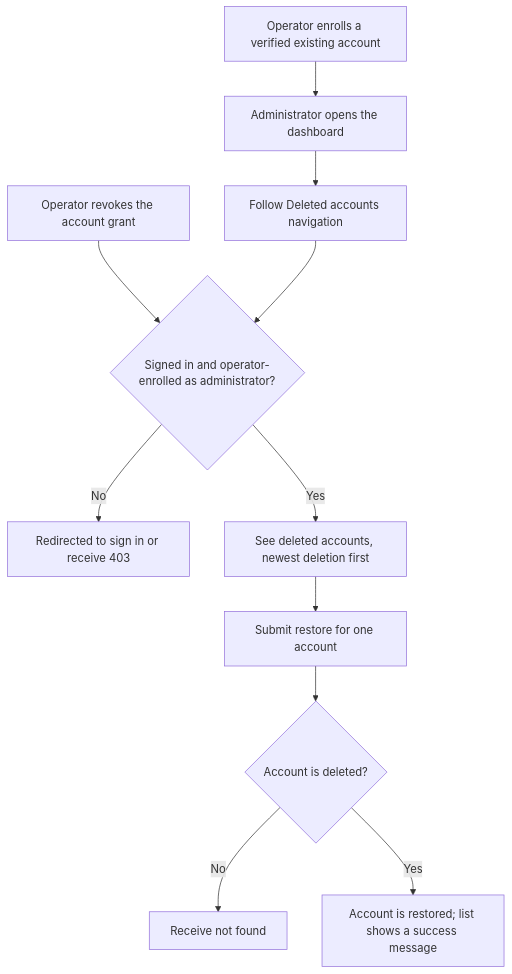
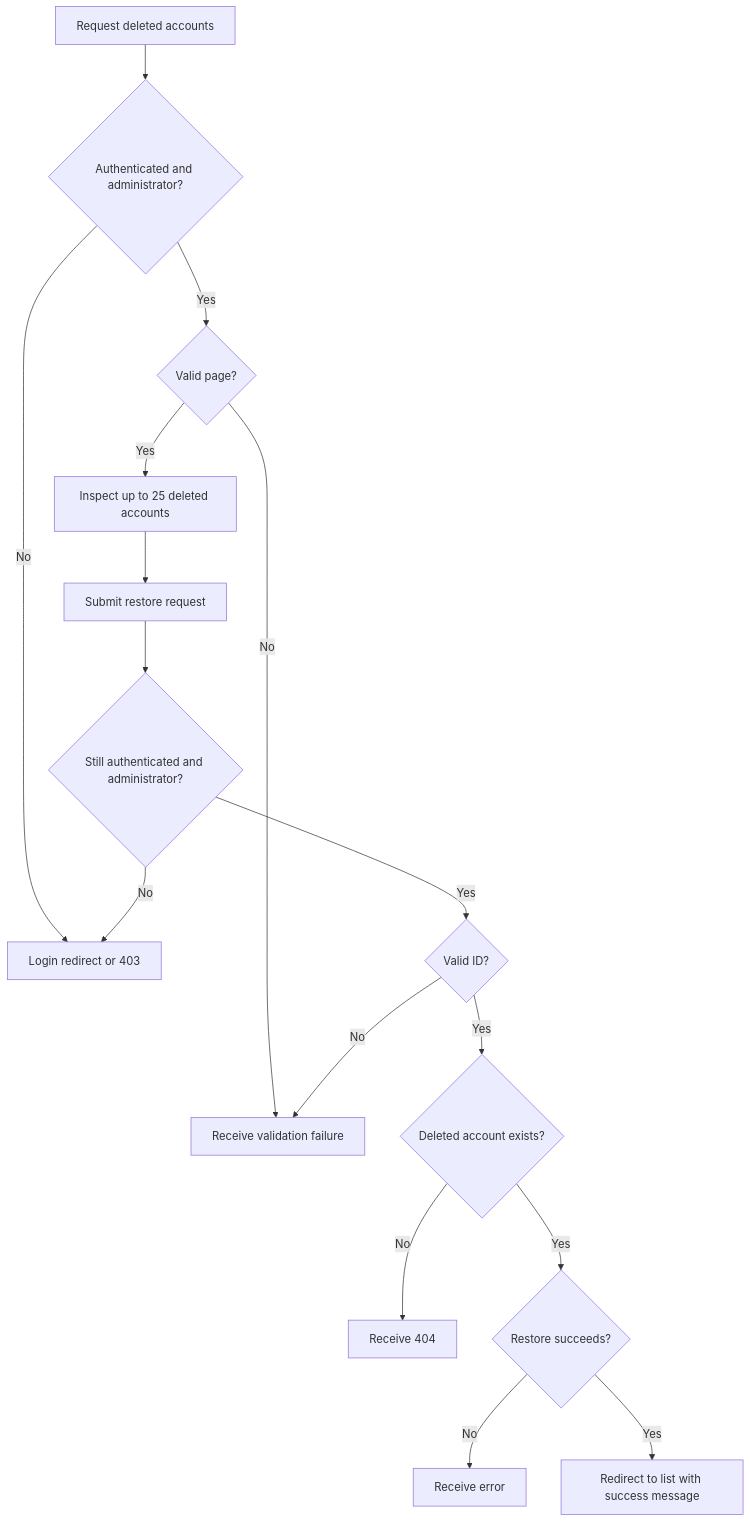
Before and after one commit to Kevinjohn/oss-adonisjs-lucid-soft-delete: the first of 2 diagrams in user-stories/example-apps/us-demo-04-hypermedia-admin-restore.md, drawn with Mermaid. The commit also changed other lines of this file and 26 other files, not shown here.

````diff
--- a/user-stories/example-apps/us-demo-04-hypermedia-admin-restore.md
+++ b/user-stories/example-apps/us-demo-04-hypermedia-admin-restore.md
@@ -21,13 +22,17 @@
 ```mermaid
 flowchart TD
-    O["Operator enrolls a verified existing account"] --> A
-    R["Operator revokes the account grant"] --> B
-    A["Administrator opens the dashboard"] --> N["Follow Deleted accounts navigation"]
-    N --> B{"Signed in and operator-enrolled as administrator?"}
-    B -->|No| C["Redirected to sign in or receive 403"]
-    B -->|Yes| D["See deleted accounts, newest deletion first"]
-    D --> E["Submit restore for one account"]
-    E --> F{"Account is deleted?"}
-    F -->|No| G["Receive not found"]
-    F -->|Yes| H["Account is restored; list shows a success message"]
+    A["Request deleted accounts"] --> B{"Authenticated and administrator?"}
+    B -->|No| C["Login redirect or 403"]
+    B -->|Yes| D{"Valid page?"}
+    D -->|No| E["Receive validation failure"]
+    D -->|Yes| F["Inspect up to 25 deleted accounts"]
+    F --> G["Submit restore request"] --> H{"Still authenticated and administrator?"}
+    H -->|No| C
+    H -->|Yes| I{"Valid ID?"}
+    I -->|No| E
+    I -->|Yes| J{"Deleted account exists?"}
+    J -->|No| K["Receive 404"]
+    J -->|Yes| L{"Restore succeeds?"}
+    L -->|No| M["Receive error"]
+    L -->|Yes| N["Redirect to list with success message"]
 ```
````
